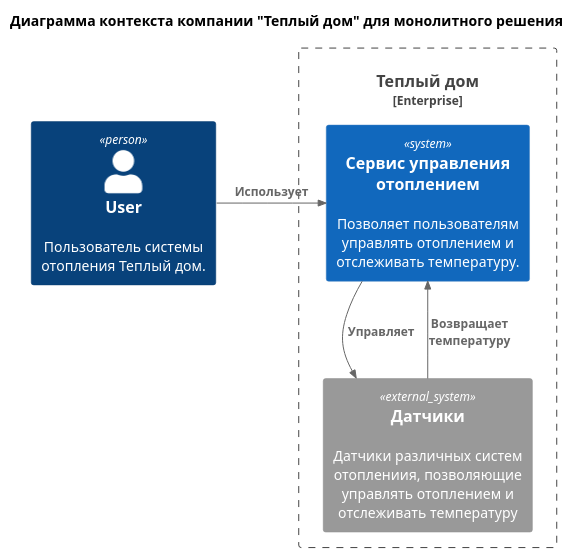
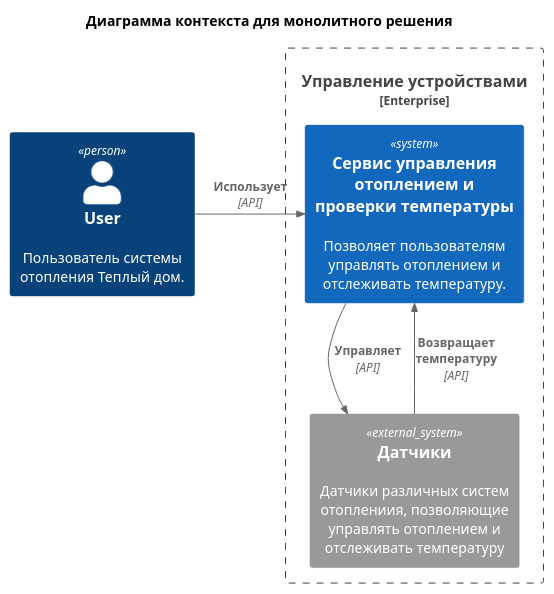
Before and after one commit to ZhurkinAngular/Warmhouse: the diagram in diagrams/context.puml, drawn with PlantUML. The commit also changed 10 other files, not shown here.

Commit message:
all diagrams

```diff
--- a/diagrams/context.puml
+++ b/diagrams/context.puml
@@ -1,17 +1,17 @@
 @startuml
 !include https://raw.githubusercontent.com/plantuml-stdlib/C4-PlantUML/master/C4_Context.puml
-title Диаграмма контекста компании "Теплый дом" для монолитного решения
+title Диаграмма контекста для монолитного решения
 
 Person(user, "User", "Пользователь системы отопления Теплый дом.")
 
-Enterprise_Boundary(c0, "Теплый дом") {
-    System(system, "Сервис управления отоплением", "Позволяет пользователям управлять отоплением и отслеживать температуру.")
+Enterprise_Boundary(c0, "Управление устройствами") {
+    System(system, "Сервис управления отоплением и проверки температуры", "Позволяет пользователям управлять отоплением и отслеживать температуру.")
 
     System_Ext(sensors, "Датчики", "Датчики различных систем отоплениия, позволяющие управлять отоплением и отслеживать температуру")
 
 }
 
-Rel_Neighbor(user, system, "Использует")
-Rel_R(system, sensors, "Управляет")
-Rel_Back(system, sensors, "Возвращает температуру")
+Rel_Neighbor(user, system, "Использует", API)
+Rel_R(system, sensors, "Управляет", API)
+Rel_Back(system, sensors, "Возвращает температуру", API)
 @enduml
```
